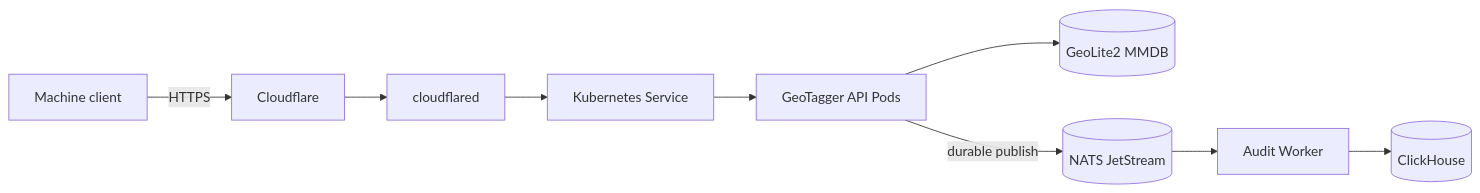
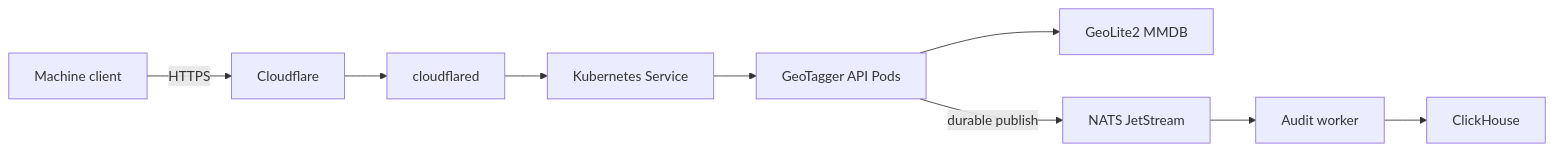
One commit to Jstarzz/geotagger changed the diagram in docs/README.md. Above: the diagram before and after it, drawn with Mermaid. The commit also changed other lines of this file, not shown here.

Commit message:
docs: expand documentation index and sanitize overview diagram

````diff
--- a/docs/README.md
+++ b/docs/README.md
@@ -19,11 +23,11 @@
 ```mermaid
 flowchart LR
-    CLIENT[Machine client] -->|HTTPS| CF[Cloudflare]
-    CF --> CFD[cloudflared]
-    CFD --> SVC[Kubernetes Service]
-    SVC --> API[GeoTagger API Pods]
-    API --> MMDB[(GeoLite2 MMDB)]
-    API -->|durable publish| NATS[(NATS JetStream)]
-    NATS --> WORKER[Audit Worker]
-    WORKER --> CH[(ClickHouse)]
+    CLIENT["Machine client"] -->|"HTTPS"| CF["Cloudflare"]
+    CF --> CFD["cloudflared"]
+    CFD --> SVC["Kubernetes Service"]
+    SVC --> API["GeoTagger API Pods"]
+    API --> MMDB["GeoLite2 MMDB"]
+    API -->|"durable publish"| NATS["NATS JetStream"]
+    NATS --> WORKER["Audit worker"]
+    WORKER --> CH["ClickHouse"]
 ```
````
